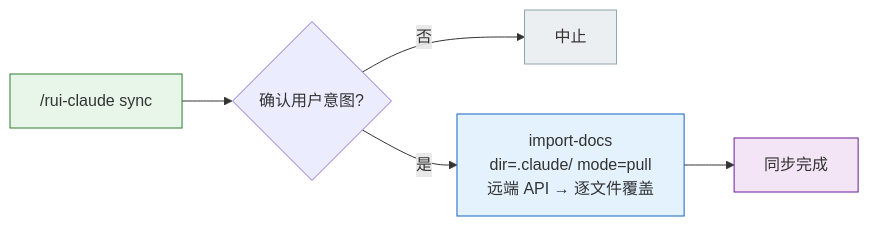
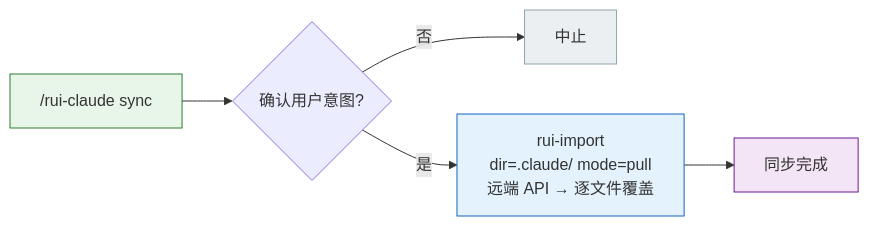
One commit to effiy/YrY changed the third of 8 diagrams in rules/rui-claude.md. Above: the diagram before and after it, drawn with Mermaid. The commit also changed 41 other files, not shown here.

````diff
--- a/rules/rui-claude.md
+++ b/rules/rui-claude.md
@@ -80,12 +80,12 @@
 ```mermaid
 flowchart LR
     TRIGGER["/rui-claude sync"]:::src --> CONFIRM{"确认用户意图?"}
     CONFIRM -->|"否"| ABORT["中止"]:::abort
-    CONFIRM -->|"是"| PULL["import-docs<br/>dir=.claude/ mode=pull<br/>远端 API → 逐文件覆盖"]:::op
+    CONFIRM -->|"是"| PULL["rui-import<br/>dir=.claude/ mode=pull<br/>远端 API → 逐文件覆盖"]:::op
     PULL --> DONE["同步完成"]:::done
 
     classDef src fill:#e8f5e9,stroke:#2e7d32;
     classDef abort fill:#eceff1,stroke:#90a4ae;
     classDef op fill:#e3f2fd,stroke:#1565c0;
     classDef done fill:#f3e5f5,stroke:#6a1b9a;
 ```
````
